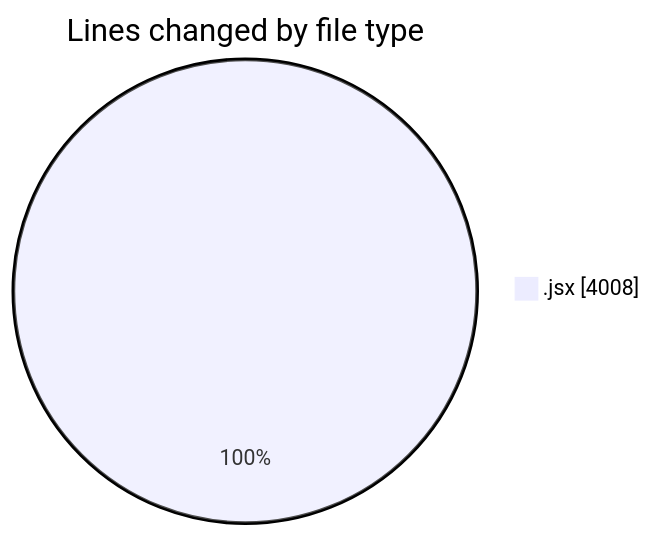
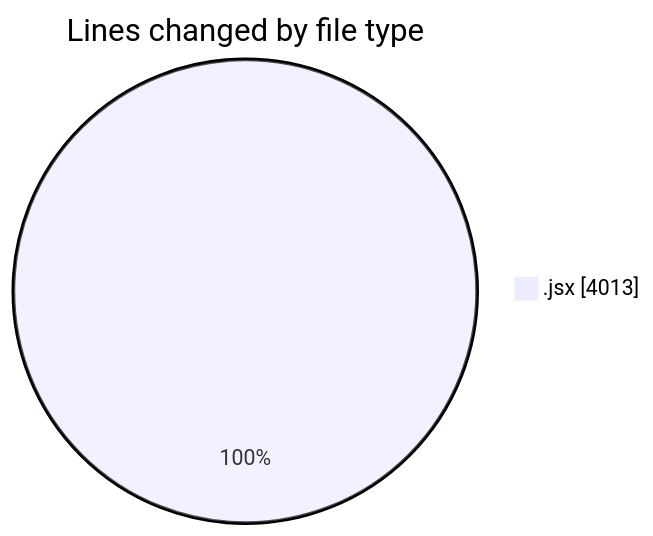
The first of 2 diagrams in 2025-10-14/nxtqube_webapp/README.md (nxtqubesakshisongat/code-tracking), drawn with Mermaid before and after one commit. The commit also changed other lines of this file and 1 other file, not shown here.

````diff
--- a/2025-10-14/nxtqube_webapp/README.md
+++ b/2025-10-14/nxtqube_webapp/README.md
@@ -21,5 +21,5 @@
 ```mermaid
 pie showData
 title Lines changed by file type
-".jsx" : 4008
+".jsx" : 4013
 ```
````
